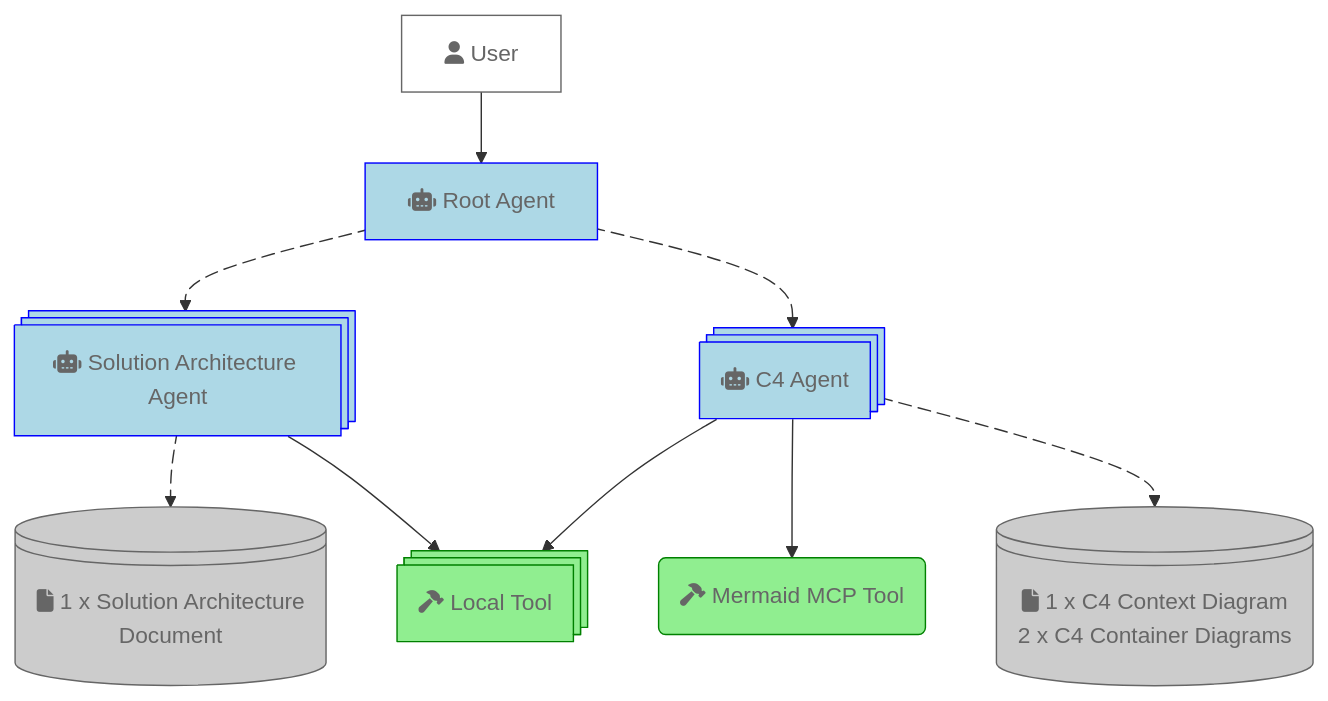
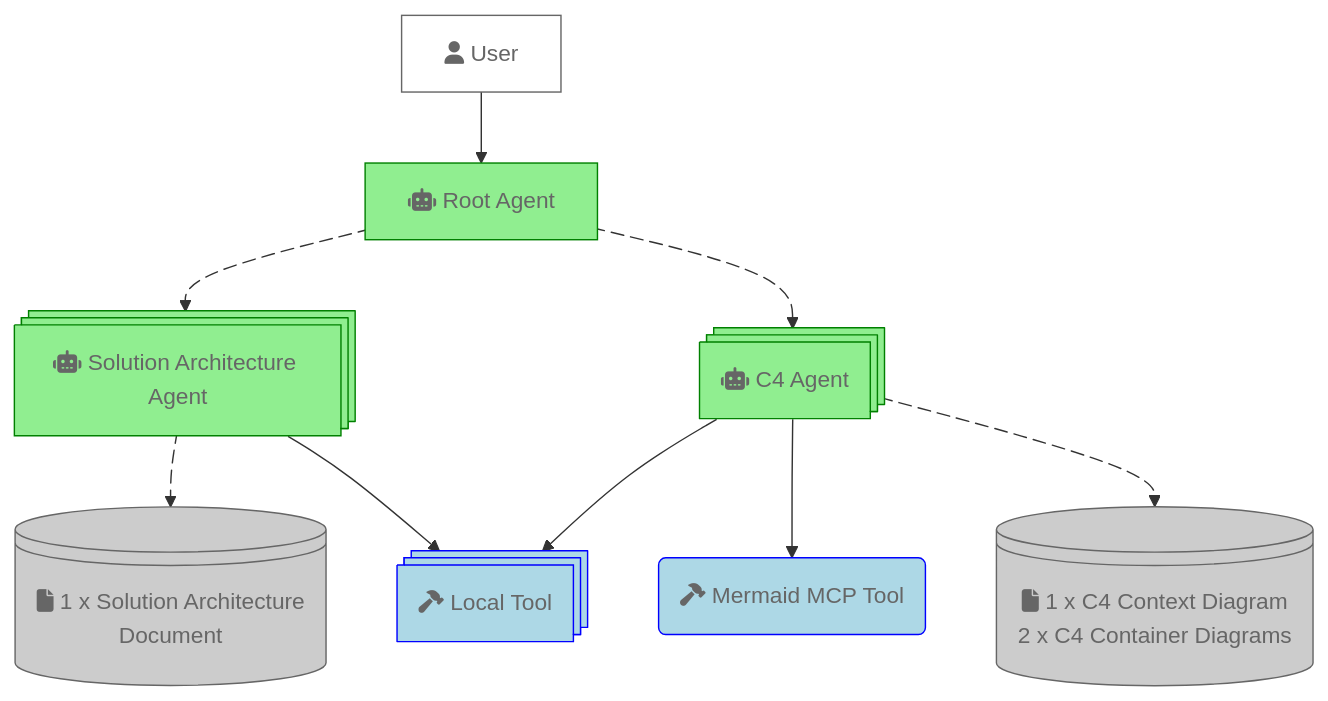
The diagram in README.md (choonchernlim/keep-my-job-app), drawn with Mermaid before and after one commit.

Commit message:
Update architecture diagram in README.md to enhance clarity and detail

````diff
--- a/README.md
+++ b/README.md
@@ -20,30 +20,30 @@
 ```mermaid
 flowchart TD
     U["fa:fa-user User"]:::userClass
     AR["fa:fa-robot Root Agent"]:::agentClass
     AS:::agentClass@{ shape: processes, label: "fa:fa-robot Solution Architecture Agent" }
     AC:::agentClass@{ shape: processes, label: "fa:fa-robot C4 Agent" }
     DM:::artifactClass@{ shape: lin-cyl, label: "fa:fa-file 1 x Solution Architecture\nDocument" }
     DD:::artifactClass@{ shape: lin-cyl, label: "fa:fa-file 1 x C4 Context Diagram \n 2 x C4 Container Diagrams" }
     TL:::toolClass@{ shape: processes, label: "fa:fa-hammer Local Tool" }
     TM("fa:fa-hammer Mermaid MCP Tool"):::toolClass
     
     U-->AR
     AR e1@--> AS
     AR e2@--> AC
     AS e3@--> DM
     AS --> TL
     AC --> TL
     AC --> TM
     AC e4@--> DD
     
     e1@{ animate: true }
     e2@{ animate: true }
     e3@{ animate: true }
     e4@{ animate: true }
 
     classDef userClass fill:#FFFFFF,stroke:#666666,color:#666666
-    classDef agentClass fill:lightblue,stroke:blue,color:#666666
-    classDef toolClass fill:lightgreen,stroke:green,color:#666666
+    classDef toolClass fill:lightblue,stroke:blue,color:#666666
+    classDef agentClass fill:lightgreen,stroke:green,color:#666666
     classDef artifactClass fill:#CCCCCC,stroke:#666666,color:#666666
 ```
````
